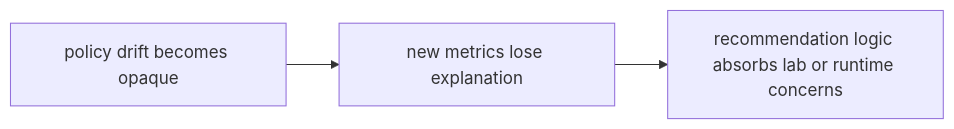
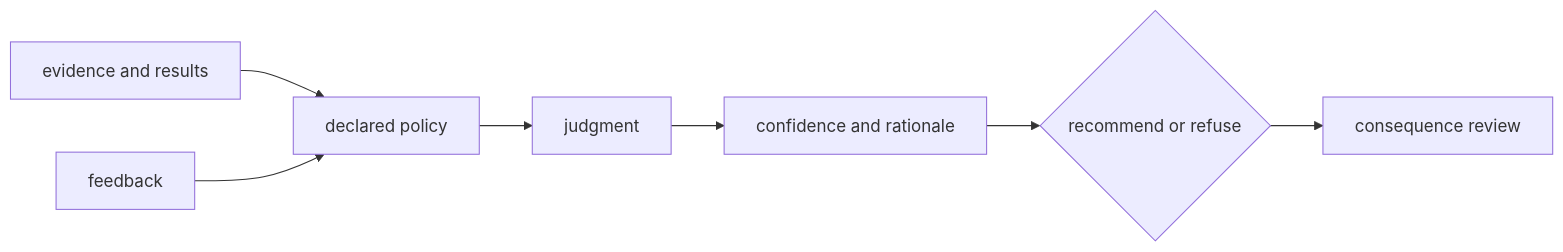
The diagram in docs/05-bijux-proteomics-intelligence/quality/risk-register.md (bijux/bijux-proteomics), drawn with Mermaid before and after one commit. The commit also changed other lines of this file and 2 other files, not shown here.

````diff
--- a/docs/05-bijux-proteomics-intelligence/quality/risk-register.md
+++ b/docs/05-bijux-proteomics-intelligence/quality/risk-register.md
@@ -16,8 +17,9 @@
 ```mermaid
 flowchart LR
-    policy["policy drift becomes opaque"]
-    metrics["new metrics lose explanation"]
-    ownership["recommendation logic absorbs lab or runtime concerns"]
-
-    policy --> metrics --> ownership
+    E["evidence and results"] --> P["declared policy"]
+    P --> J["judgment"]
+    J --> C["confidence and rationale"]
+    C --> D{"recommend or refuse"}
+    D --> Q["consequence review"]
+    F["feedback"] --> P
 ```
````
